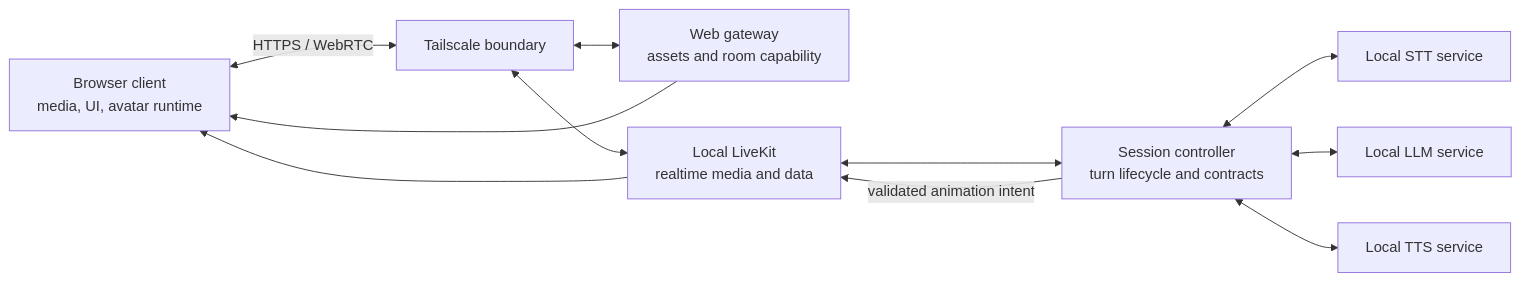
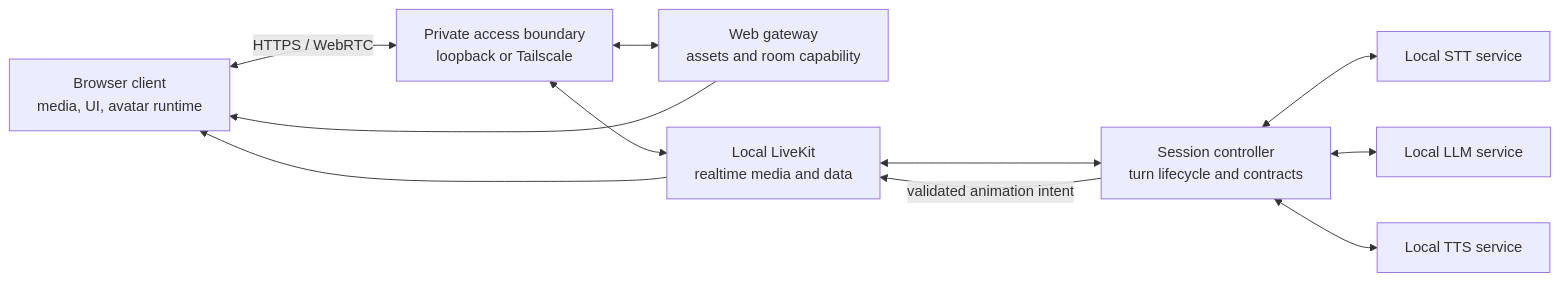
The diagram in docs/architecture.md (prineycom/voice-agent-v2), drawn with Mermaid before and after one commit. The commit also changed 1 other file, not shown here.

Commit message:
no-mistakes(document): Clarify avatar ownership and private access boundary

````diff
--- a/docs/architecture.md
+++ b/docs/architecture.md
@@ -39,22 +39,22 @@
 ```mermaid
 flowchart LR
     B["Browser client<br/>media, UI, avatar runtime"]
-    T["Tailscale boundary"]
+    T["Private access boundary<br/>loopback or Tailscale"]
     G["Web gateway<br/>assets and room capability"]
     K["Local LiveKit<br/>realtime media and data"]
     C["Session controller<br/>turn lifecycle and contracts"]
     S["Local STT service"]
     L["Local LLM service"]
     V["Local TTS service"]
 
     B <-->|HTTPS / WebRTC| T
     T <--> G
     T <--> K
     G --> B
     K <--> C
     C <--> S
     C <--> L
     C <--> V
     C -->|validated animation intent| K
     K --> B
 ```
````
